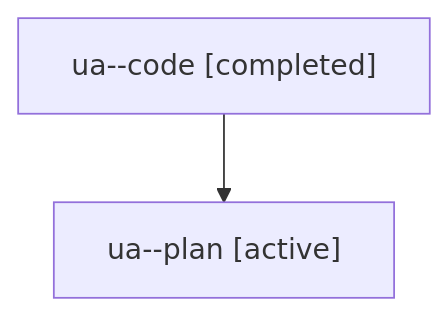
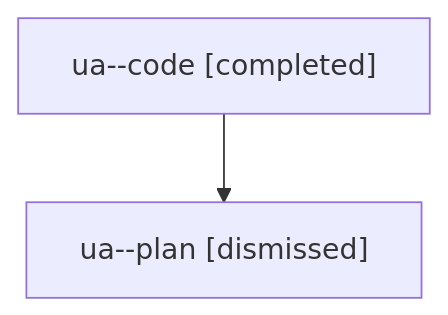
Before and after one commit to sase-org/sase--agents: the diagram in sessions/bbugyi200.athena.ua.md, drawn with Mermaid. The commit also changed other lines of this file and 24 other files, not shown here.

````diff
--- a/sessions/bbugyi200.athena.ua.md
+++ b/sessions/bbugyi200.athena.ua.md
@@ -9,6 +9,6 @@
 ```mermaid
 flowchart TD
   n0["ua--code [completed]"]
-  n1["ua--plan [active]"]
+  n1["ua--plan [dismissed]"]
   n0 --> n1
 ```
````
